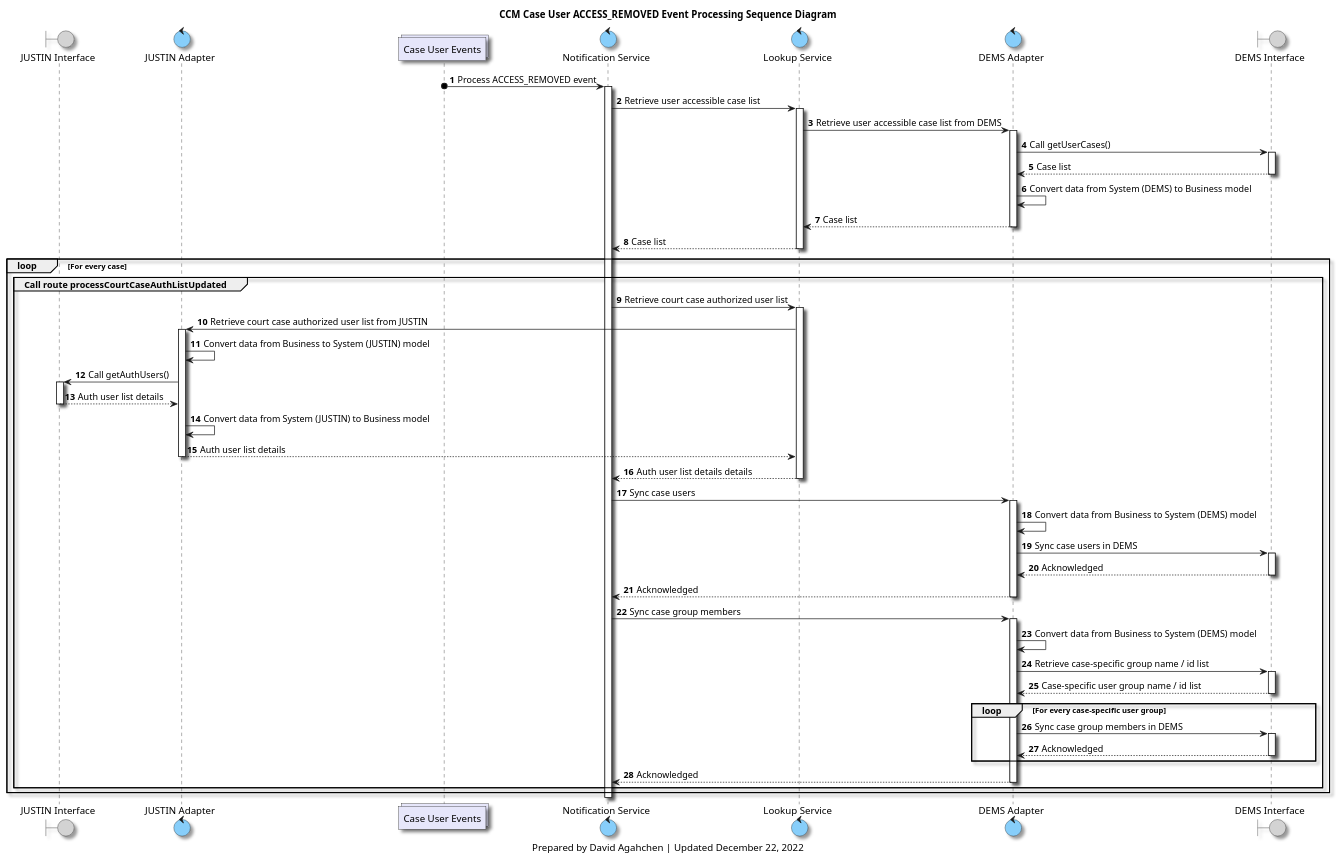
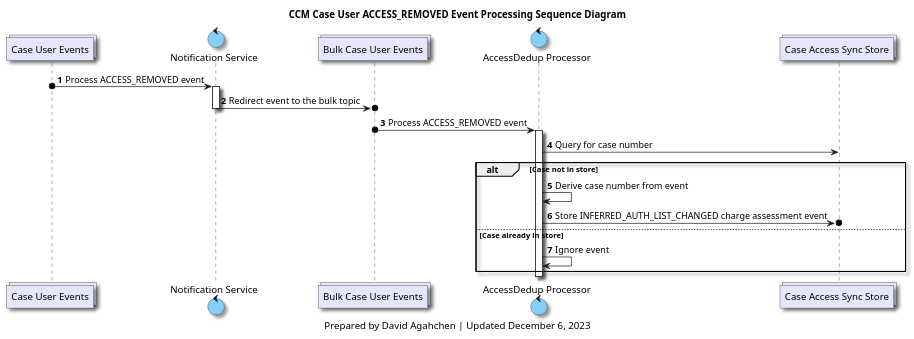
The diagram in diagrams/ccm_case_user_access_removed_processing_sequence_diagram.plantuml (bcgov/jpss-jade-ccm), drawn with PlantUML before and after one commit. The commit also changed 3 other files, not shown here.

Commit message:
Update case user access event processing diagrams

```diff
--- a/diagrams/ccm_case_user_access_removed_processing_sequence_diagram.plantuml
+++ b/diagrams/ccm_case_user_access_removed_processing_sequence_diagram.plantuml
@@ -1,100 +1,48 @@
 @startuml
 'hide footbox
 
 skinparam Shadowing true
 skinparam CollectionsBackgroundColor Lavender
 skinparam ControlBackgroundColor LightSkyBlue
 skinparam BoundaryBackgroundColor LightGrey
 
 /' 
 Available colours
 https://plantuml-documentation.readthedocs.io/en/latest/formatting/color-names.html
 '/
 
-boundary j_interface as "JUSTIN Interface"
-control j_adapter as "JUSTIN Adapter"
 collections case_users_topic as "Case User Events"
 control notification_service as "Notification Service"
-control lookup_service as "Lookup Service"
-control d_adapter as "DEMS Adapter"
-boundary d_interface as "DEMS Interface"
-
+collections bulk_case_users_topic as "Bulk Case User Events"
+control accessdedup_processor as "AccessDedup Processor"
+collections case_access_sync_store as "Case Access Sync Store"
 
 title
 CCM Case User ACCESS_REMOVED Event Processing Sequence Diagram
 end title
 
 autonumber
 
 case_users_topic o-> notification_service : Process ACCESS_REMOVED event
 activate notification_service
+notification_service ->o bulk_case_users_topic : Redirect event to the bulk topic
+deactivate notification_service
 
-notification_service -> lookup_service: Retrieve user accessible case list
-activate lookup_service
-lookup_service -> d_adapter: Retrieve user accessible case list from DEMS
+bulk_case_users_topic o-> accessdedup_processor : Process ACCESS_REMOVED event
+activate accessdedup_processor
 
-activate d_adapter
-d_adapter -> d_interface: Call getUserCases()
-activate d_interface
-d_interface --> d_adapter: Case list
-deactivate d_interface
-d_adapter -> d_adapter: Convert data from System (DEMS) to Business model
-d_adapter --> lookup_service: Case list
-deactivate d_adapter
+accessdedup_processor -> case_access_sync_store: Query for case number
 
-lookup_service --> notification_service: Case list
-deactivate lookup_service
-
-loop For every case
-    group Call route processCourtCaseAuthListUpdated
-        notification_service -> lookup_service: Retrieve court case authorized user list
-        activate lookup_service
-        lookup_service -> j_adapter: Retrieve court case authorized user list from JUSTIN
-
-        activate j_adapter
-        j_adapter -> j_adapter: Convert data from Business to System (JUSTIN) model
-        j_adapter -> j_interface: Call getAuthUsers()
-        activate j_interface
-        j_interface --> j_adapter: Auth user list details
-        deactivate j_interface
-        j_adapter -> j_adapter: Convert data from System (JUSTIN) to Business model
-        j_adapter --> lookup_service: Auth user list details
-        deactivate j_adapter
-
-        lookup_service --> notification_service: Auth user list details details
-        deactivate lookup_service
-
-        notification_service -> d_adapter: Sync case users
-        activate d_adapter
-        d_adapter -> d_adapter: Convert data from Business to System (DEMS) model
-        d_adapter -> d_interface: Sync case users in DEMS
-        activate d_interface
-        d_interface --> d_adapter: Acknowledged
-        deactivate d_interface
-        d_adapter --> notification_service: Acknowledged
-        deactivate d_adapter
-
-        notification_service -> d_adapter: Sync case group members
-        activate d_adapter
-        d_adapter -> d_adapter: Convert data from Business to System (DEMS) model
-        d_adapter -> d_interface: Retrieve case-specific group name / id list
-        activate d_interface
-        d_interface --> d_adapter: Case-specific user group name / id list
-        deactivate d_interface
-        loop For every case-specific user group
-            d_adapter -> d_interface: Sync case group members in DEMS
-            activate d_interface
-            d_interface --> d_adapter: Acknowledged
-            deactivate d_interface
-        end
-        d_adapter --> notification_service: Acknowledged
-        deactivate d_adapter
-    end group
+alt Case not in store
+    accessdedup_processor -> accessdedup_processor: Derive case number from event
+    accessdedup_processor ->o case_access_sync_store: Store INFERRED_AUTH_LIST_CHANGED charge assessment event
+else Case already in store
+    accessdedup_processor -> accessdedup_processor: Ignore event
 end
 
-deactivate notification_service
+deactivate accessdedup_processor
 
 caption
-Prepared by David Agahchen | Updated December 22, 2022
+Prepared by David Agahchen | Updated December 6, 2023
 end caption
 @enduml
```
